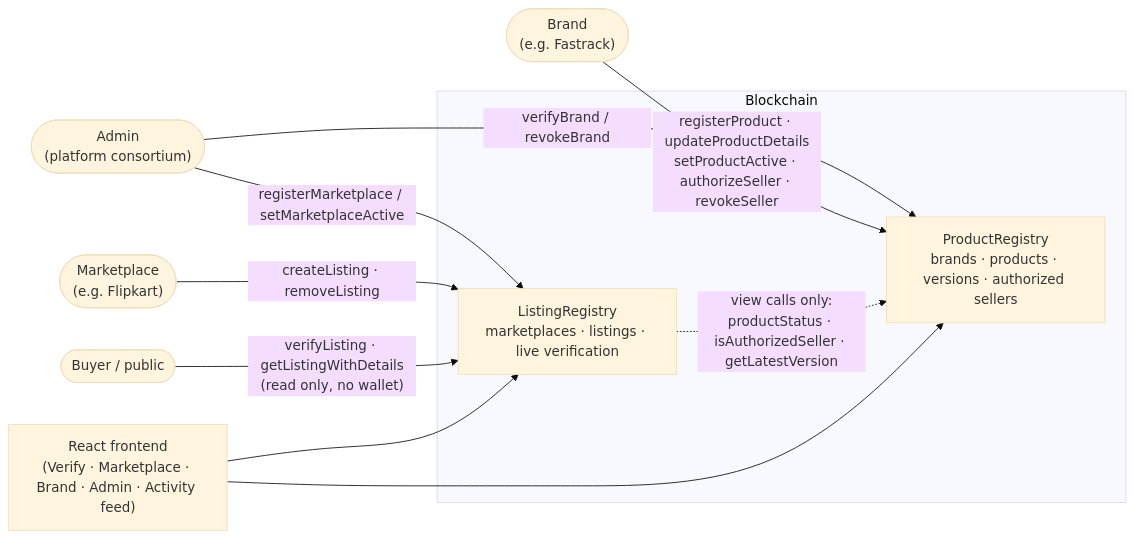
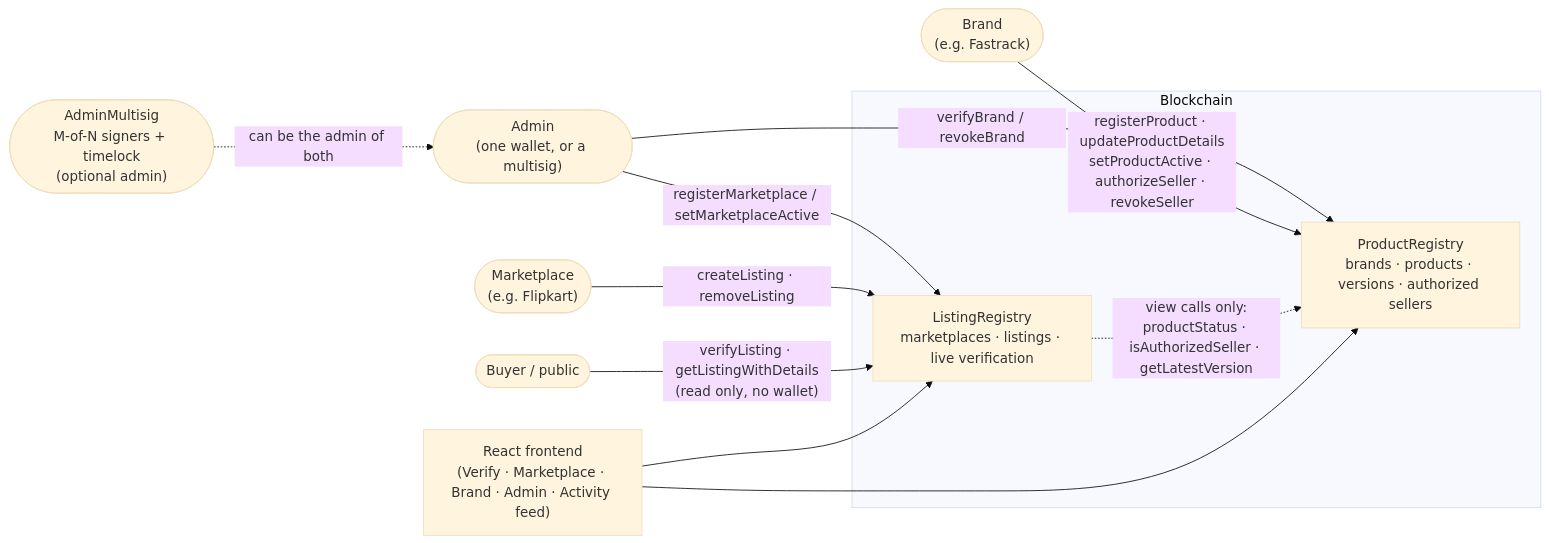
One commit to ArwindhCN/verilist changed the diagram in README.md. Above: the diagram before and after it, drawn with Mermaid (base theme). The commit also changed other lines of this file and 17 other files, not shown here.

First line of the commit message:
Admin safety: two-step ownership, multisig admin and timelock

````diff
--- a/README.md
+++ b/README.md
@@ -17,23 +17,25 @@
 ```mermaid
 flowchart LR
-    Admin(["Admin<br/>(platform consortium)"])
+    Admin(["Admin<br/>(one wallet, or a multisig)"])
     Brand(["Brand<br/>(e.g. Fastrack)"])
     Market(["Marketplace<br/>(e.g. Flipkart)"])
     Buyer(["Buyer / public"])
+    Multi(["AdminMultisig<br/>M-of-N signers + timelock<br/>(optional admin)"])
 
     subgraph Chain["Blockchain"]
         PR["ProductRegistry<br/>brands · products · versions · authorized sellers"]
         LR["ListingRegistry<br/>marketplaces · listings · live verification"]
     end
 
+    Multi -. "can be the admin of both" .-> Admin
     Admin -- "verifyBrand / revokeBrand" --> PR
     Admin -- "registerMarketplace / setMarketplaceActive" --> LR
     Brand -- "registerProduct · updateProductDetails<br/>setProductActive · authorizeSeller · revokeSeller" --> PR
     Market -- "createListing · removeListing" --> LR
     LR -. "view calls only:<br/>productStatus · isAuthorizedSeller · getLatestVersion" .-> PR
     Buyer -- "verifyListing · getListingWithDetails<br/>(read only, no wallet)" --> LR
 
     UI["React frontend<br/>(Verify · Marketplace · Brand · Admin · Activity feed)"]
     UI --> PR
     UI --> LR
 ```
````
